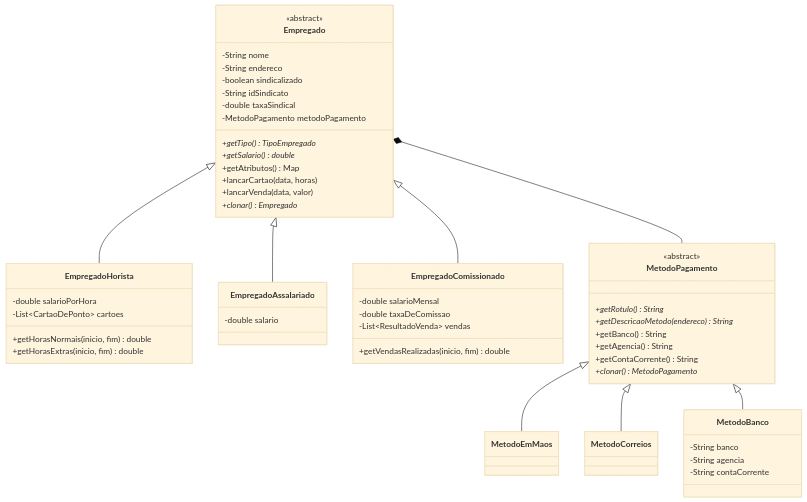
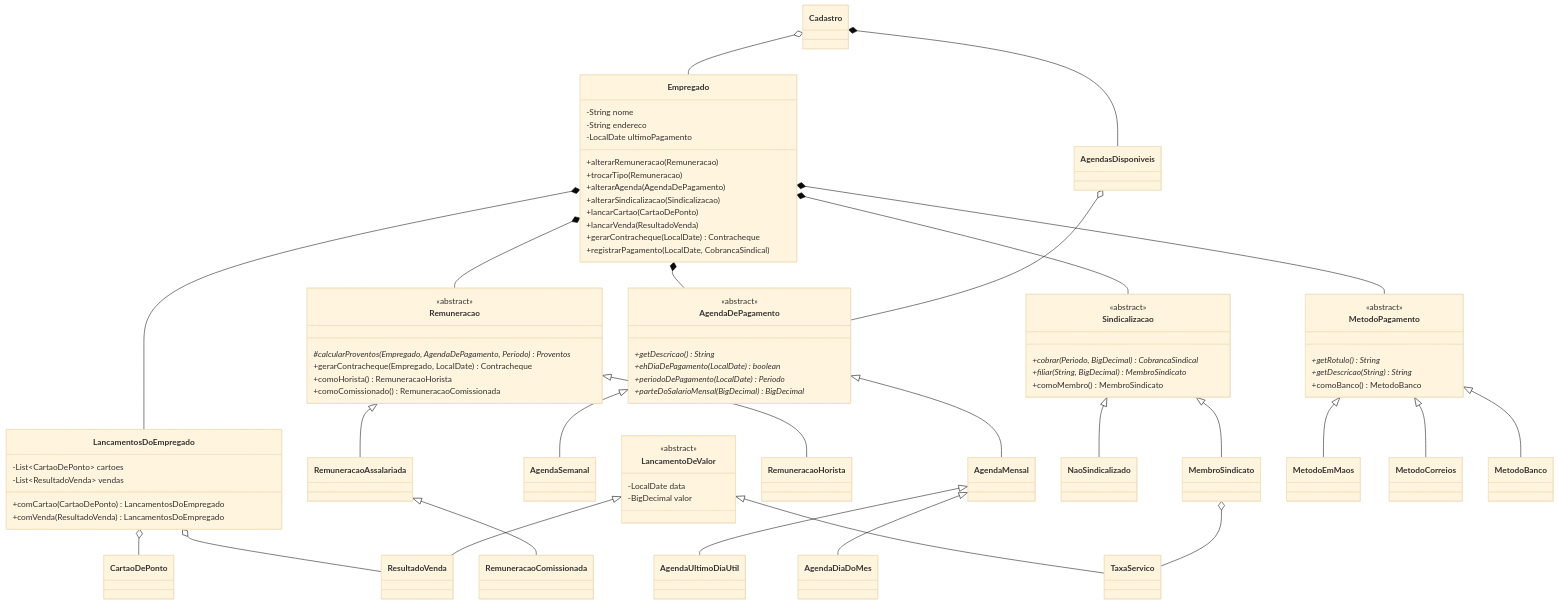
Before and after one commit to nanameetscode/WePayU-p2: the first of 2 diagrams in WePayU/src/br/ufal/ic/p2/wepayu/models/README.md, drawn with Mermaid (base theme). The commit also changed other lines of this file and 158 other files, not shown here.

````diff
--- a/WePayU/src/br/ufal/ic/p2/wepayu/models/README.md
+++ b/WePayU/src/br/ufal/ic/p2/wepayu/models/README.md
@@ -11,67 +7,80 @@
 ```mermaid
 classDiagram
     class Empregado {
-        <<abstract>>
         -String nome
         -String endereco
-        -boolean sindicalizado
-        -String idSindicato
-        -double taxaSindical
-        -MetodoPagamento metodoPagamento
-        +getTipo()* TipoEmpregado
-        +getSalario()* double
-        +getAtributos() Map
-        +lancarCartao(data, horas)
-        +lancarVenda(data, valor)
-        +clonar()* Empregado
+        -LocalDate ultimoPagamento
+        +alterarRemuneracao(Remuneracao)
+        +trocarTipo(Remuneracao)
+        +alterarAgenda(AgendaDePagamento)
+        +alterarSindicalizacao(Sindicalizacao)
+        +lancarCartao(CartaoDePonto)
+        +lancarVenda(ResultadoVenda)
+        +gerarContracheque(LocalDate) Contracheque
+        +registrarPagamento(LocalDate, CobrancaSindical)
     }
-
-    class EmpregadoHorista {
-        -double salarioPorHora
-        -List~CartaoDePonto~ cartoes
-        +getHorasNormais(inicio, fim) double
-        +getHorasExtras(inicio, fim) double
+    class AgendaDePagamento {
+        <<abstract>>
+        +getDescricao()* String
+        +ehDiaDePagamento(LocalDate)* boolean
+        +periodoDePagamento(LocalDate)* Periodo
+        +parteDoSalarioMensal(BigDecimal)* BigDecimal
     }
-
-    class EmpregadoAssalariado {
-        -double salario
+    class Remuneracao {
+        <<abstract>>
+        #calcularProventos(Empregado, AgendaDePagamento, Periodo)* Proventos
+        +gerarContracheque(Empregado, LocalDate) Contracheque
+        +comoHorista() RemuneracaoHorista
+        +comoComissionado() RemuneracaoComissionada
     }
-
-    class EmpregadoComissionado {
-        -double salarioMensal
-        -double taxaDeComissao
-        -List~ResultadoVenda~ vendas
-        +getVendasRealizadas(inicio, fim) double
+    class Sindicalizacao {
+        <<abstract>>
+        +cobrar(Periodo, BigDecimal)* CobrancaSindical
+        +filiar(String, BigDecimal)* MembroSindicato
+        +comoMembro() MembroSindicato
     }
-
     class MetodoPagamento {
         <<abstract>>
         +getRotulo()* String
-        +getDescricaoMetodo(endereco)* String
-        +getBanco() String
-        +getAgencia() String
-        +getContaCorrente() String
-        +clonar()* MetodoPagamento
+        +getDescricao(String)* String
+        +comoBanco() MetodoBanco
+    }
+    class LancamentoDeValor {
+        <<abstract>>
+        -LocalDate data
+        -BigDecimal valor
     }
 
-    class MetodoEmMaos {
+    class LancamentosDoEmpregado {
+        -List~CartaoDePonto~ cartoes
+        -List~ResultadoVenda~ vendas
+        +comCartao(CartaoDePonto) LancamentosDoEmpregado
+        +comVenda(ResultadoVenda) LancamentosDoEmpregado
     }
 
-    class MetodoCorreios {
-    }
-
-    class MetodoBanco {
-        -String banco
-        -String agencia
-        -String contaCorrente
-    }
-
-    Empregado <|-- EmpregadoHorista
-    Empregado <|-- EmpregadoAssalariado
-    Empregado <|-- EmpregadoComissionado
-
+    Cadastro o-- Empregado
+    Empregado *-- LancamentosDoEmpregado
+    LancamentosDoEmpregado o-- CartaoDePonto
+    LancamentosDoEmpregado o-- ResultadoVenda
+    Empregado *-- Remuneracao
+    Empregado *-- AgendaDePagamento
+    AgendaDePagamento <|-- AgendaSemanal
+    AgendaDePagamento <|-- AgendaMensal
+    AgendaMensal <|-- AgendaUltimoDiaUtil
+    AgendaMensal <|-- AgendaDiaDoMes
+    Cadastro *-- AgendasDisponiveis
+    AgendasDisponiveis o-- AgendaDePagamento
+    Empregado *-- Sindicalizacao
     Empregado *-- MetodoPagamento
+    Remuneracao <|-- RemuneracaoHorista
+    Remuneracao <|-- RemuneracaoAssalariada
+    RemuneracaoAssalariada <|-- RemuneracaoComissionada
+    Sindicalizacao <|-- NaoSindicalizado
+    Sindicalizacao <|-- MembroSindicato
     MetodoPagamento <|-- MetodoEmMaos
     MetodoPagamento <|-- MetodoCorreios
     MetodoPagamento <|-- MetodoBanco
+    LancamentoDeValor <|-- ResultadoVenda
+    LancamentoDeValor <|-- TaxaServico
+    MembroSindicato o-- TaxaServico
 ```
````
